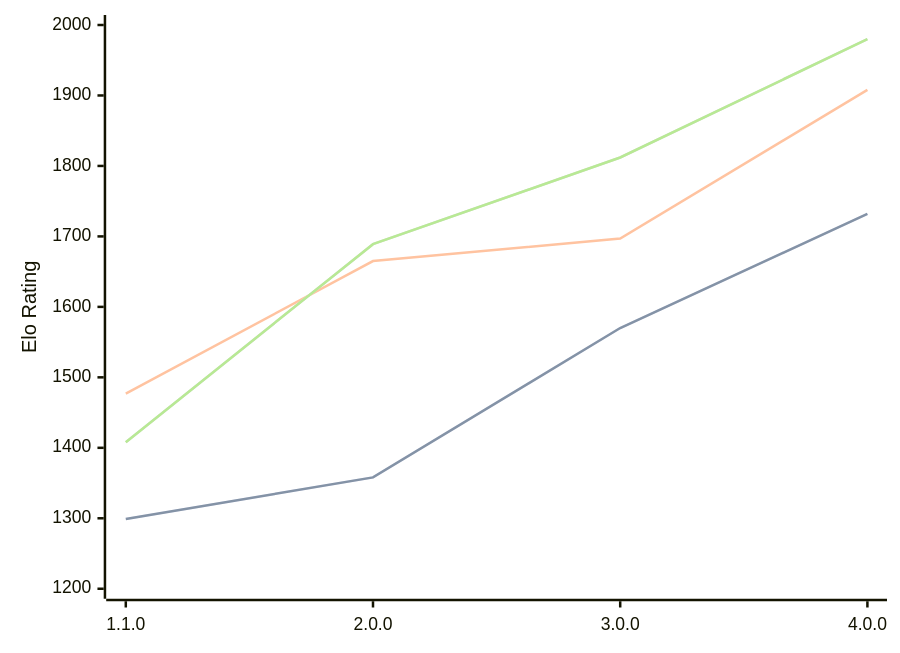
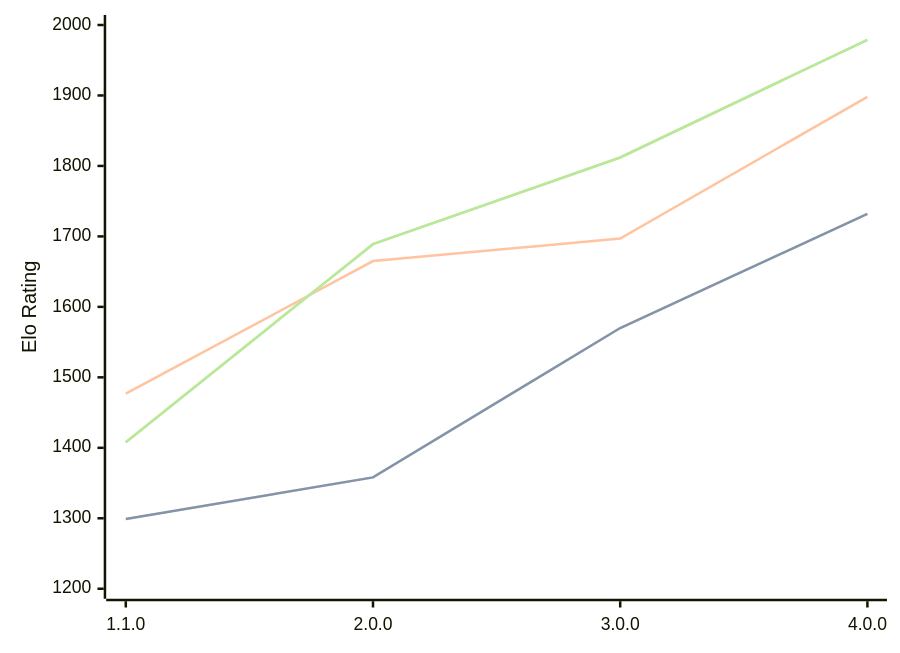
One commit to computer-chess-index/cci changed the diagram in engines/Laura.md. Above: the diagram before and after it, drawn with Mermaid. The commit also changed other lines of this file, not shown here.

Commit message:
Update CCI Ratings (ELO VLTC) - 2026-09-09

````diff
--- a/engines/Laura.md
+++ b/engines/Laura.md
@@ -34,11 +34,11 @@
 ```mermaid
 %%{init: {"theme":"base","themeVariables":{"seriesColors:['#a3a3a3','#222221','#faa371']}}}%%
 xychart-beta
   x-axis ["1.1.0", "2.0.0", "3.0.0", "4.0.0"]
   y-axis "Elo Rating" 1200 --> 2000
   line "" [1299, 1358, 1570, 1732]
   line "STC (8.0+0.08s)" [1299, 1358, 1570, 1732]
-  line "LTC (60.0+0.60s)" [1477, 1665, 1697, 1908]
-  line "" [1408, 1689, 1812, 1980]
-  line "VLTC (2m24s+1.12s)" [1408, 1689, 1812, 1980]
+  line "LTC (60.0+0.60s)" [1477, 1665, 1697, 1898]
+  line "" [1408, 1689, 1812, 1979]
+  line "VLTC (2m24s+1.12s)" [1408, 1689, 1812, 1979]
 ```
````
